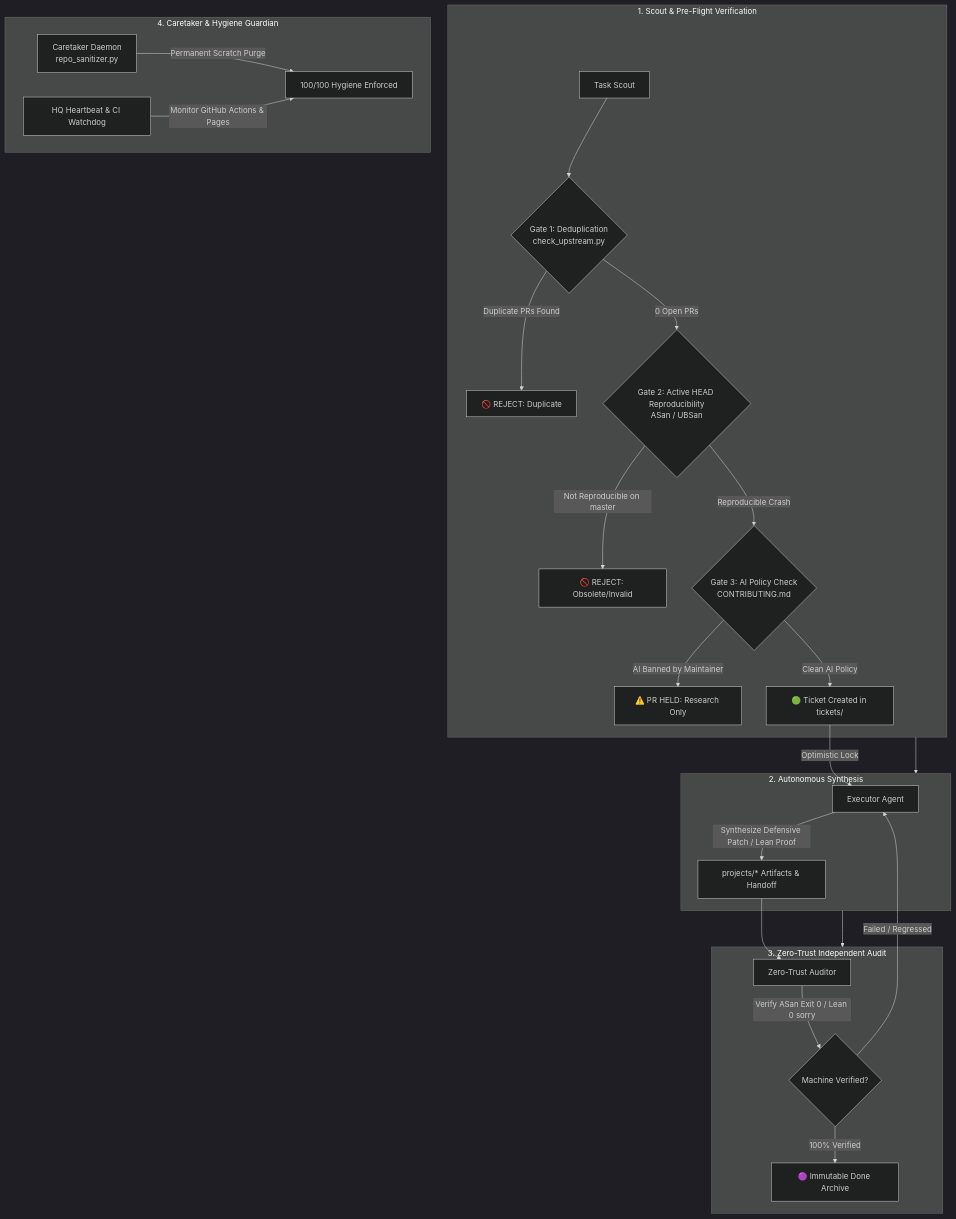
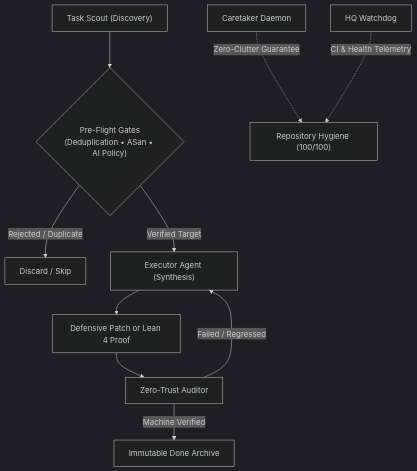
One commit to jacob-haddon/burn-tokens changed the diagram in README.md. Above: the diagram before and after it, drawn with Mermaid (dark theme). The commit also changed other lines of this file and 35 other files, not shown here.

Commit message:
fix(repo): purge all tracked test_*.lean from git index & redesign architecture diagram

````diff
--- a/README.md
+++ b/README.md
@@ -18,32 +16,16 @@
 ```mermaid
 flowchart TD
-    subgraph Discovery["1. Scout & Pre-Flight Verification"]
-        S[Task Scout] --> G1{Gate 1: Deduplication<br/>check_upstream.py}
-        G1 -->|Duplicate PRs Found| REJ1[🚫 REJECT: Duplicate]
-        G1 -->|0 Open PRs| G2{Gate 2: Active HEAD Reproducibility<br/>ASan / UBSan}
-        G2 -->|Not Reproducible on master| REJ2[🚫 REJECT: Obsolete/Invalid]
-        G2 -->|Reproducible Crash| G3{Gate 3: AI Policy Check<br/>CONTRIBUTING.md}
-        G3 -->|AI Banned by Maintainer| HELD[⚠️ PR HELD: Research Only]
-        G3 -->|Clean AI Policy| T[🟢 Ticket Created in tickets/]
-    end
+    Scout["Task Scout (Discovery)"] --> Gate{"Pre-Flight Gates\n(Deduplication • ASan • AI Policy)"}
+    
+    Gate -->|Rejected / Duplicate| Drop["Discard / Skip"]
+    Gate -->|Verified Target| Exec["Executor Agent (Synthesis)"]
+    
+    Exec --> Artifacts["Defensive Patch or Lean 4 Proof"]
+    Artifacts --> Reviewer["Zero-Trust Auditor"]
+    
+    Reviewer -->|Machine Verified| Verified["Immutable Done Archive"]
+    Reviewer -->|Failed / Regressed| Exec
 
-    subgraph Execution["2. Autonomous Synthesis"]
-        T -->|Optimistic Lock| E[Executor Agent]
-        E -->|Synthesize Defensive Patch / Lean Proof| D[projects/* Artifacts & Handoff]
-    end
-
-    subgraph Review["3. Zero-Trust Independent Audit"]
-        D --> A[Zero-Trust Auditor]
-        A -->|Verify ASan Exit 0 / Lean 0 sorry| V{Machine Verified?}
-        V -->|Failed / Regressed| E
-        V -->|100% Verified| OK[🟣 Immutable Done Archive]
-    end
-
-    subgraph Caretaker["4. Caretaker & Hygiene Guardian"]
-        C[Caretaker Daemon<br/>repo_sanitizer.py] -->|Permanent Scratch Purge| CHK[100/100 Hygiene Enforced]
-        HQ[HQ Heartbeat & CI Watchdog] -->|Monitor GitHub Actions & Pages| CHK
-    end
-
-    Discovery --> Execution
-    Execution --> Review
+    Caretaker["Caretaker Daemon"] -.->|Zero-Clutter Guarantee| Repo["Repository Hygiene (100/100)"]
+    Watchdog["HQ Watchdog"] -.->|CI & Health Telemetry| Repo
 ```
````
